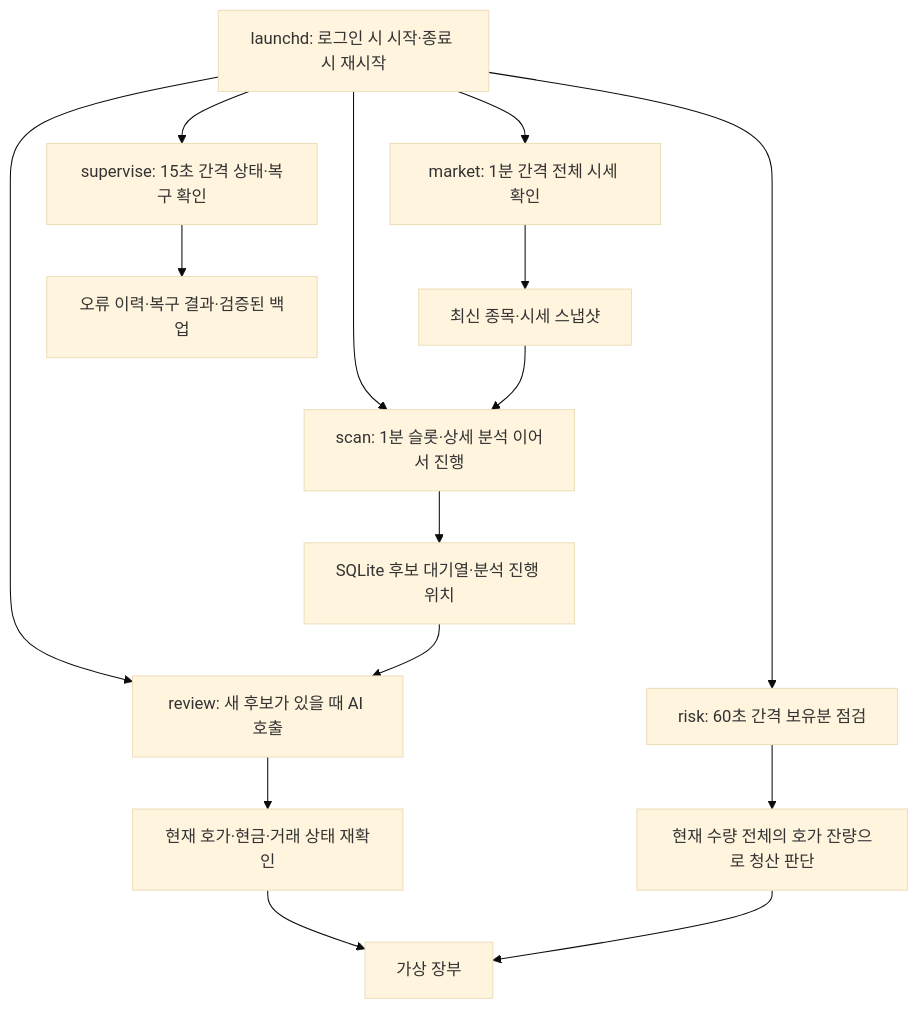
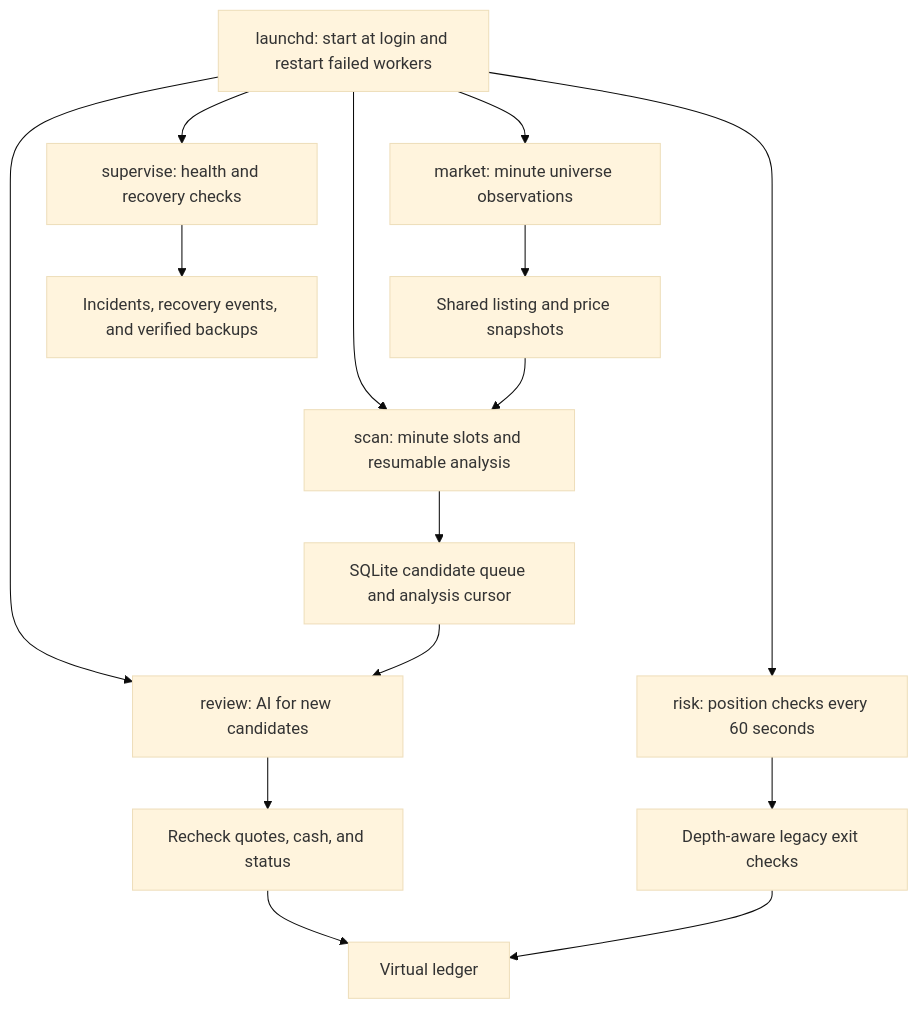
Before and after one commit to nonpapfif/papertrade-lab: the diagram in docs/history/README-v2.md, drawn with Mermaid (base theme). The commit also changed other lines of this file and 7 other files, not shown here.

````diff
--- a/docs/history/README-v2.md
+++ b/docs/history/README-v2.md
@@ -12,17 +14,17 @@
 ```mermaid
 flowchart TD
-    A[launchd: 로그인 시 시작·종료 시 재시작] --> B[scan: 1분 슬롯·상세 분석 이어서 진행]
-    A --> K[market: 1분 간격 전체 시세 확인]
-    K --> L[최신 종목·시세 스냅샷]
+    A[launchd: start at login and restart failed workers] --> B[scan: minute slots and resumable analysis]
+    A --> K[market: minute universe observations]
+    K --> L[Shared listing and price snapshots]
     L --> B
-    A --> C[risk: 60초 간격 보유분 점검]
-    A --> D[review: 새 후보가 있을 때 AI 호출]
-    A --> E[supervise: 15초 간격 상태·복구 확인]
-    B --> F[SQLite 후보 대기열·분석 진행 위치]
+    A --> C[risk: position checks every 60 seconds]
+    A --> D[review: AI for new candidates]
+    A --> E[supervise: health and recovery checks]
+    B --> F[SQLite candidate queue and analysis cursor]
     F --> D
-    D --> G[현재 호가·현금·거래 상태 재확인]
-    C --> H[현재 수량 전체의 호가 잔량으로 청산 판단]
-    G --> I[가상 장부]
+    D --> G[Recheck quotes, cash, and status]
+    C --> H[Depth-aware legacy exit checks]
+    G --> I[Virtual ledger]
     H --> I
-    E --> J[오류 이력·복구 결과·검증된 백업]
+    E --> J[Incidents, recovery events, and verified backups]
 ```
````
